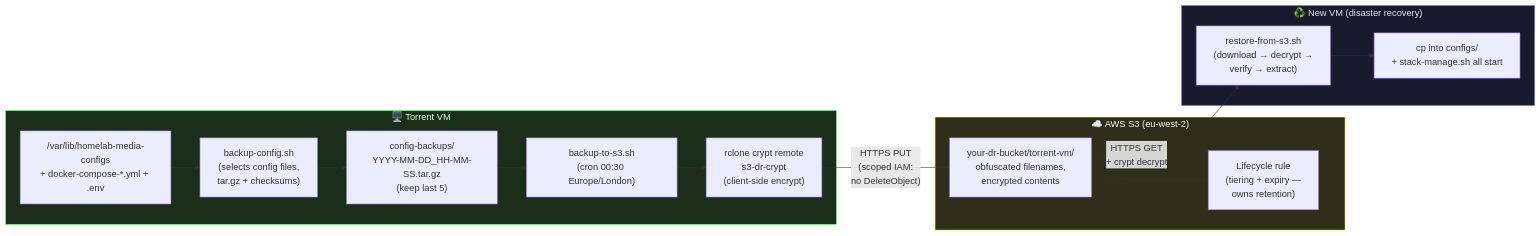
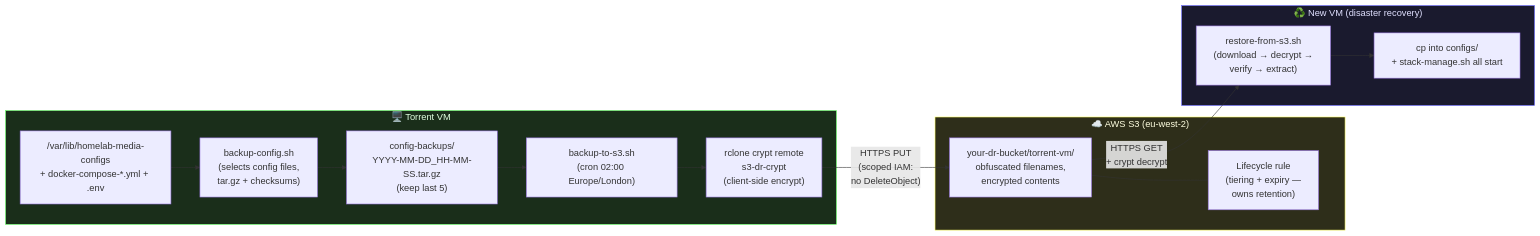
The fifth of 5 diagrams in ARCHITECTURE.md (ZisisKostakakis/homelab-media), drawn with Mermaid before and after one commit. The commit also changed other lines of this file and 1 other file, not shown here.

First line of the commit message:
docs: update README and ARCHITECTURE for stack changes

````diff
--- a/ARCHITECTURE.md
+++ b/ARCHITECTURE.md
@@ -348,31 +302,31 @@
 ```mermaid
 graph LR
     subgraph HOST["🖥️ Torrent VM"]
         CFG["/var/lib/homelab-media-configs\n+ docker-compose-*.yml + .env"]
         BC["backup-config.sh\n(selects config files,\ntar.gz + checksums)"]
         LOCAL["config-backups/\nYYYY-MM-DD_HH-MM-SS.tar.gz\n(keep last 5)"]
-        B2S["backup-to-s3.sh\n(cron 00:30 Europe/London)"]
+        B2S["backup-to-s3.sh\n(cron 02:00 Europe/London)"]
         RC["rclone crypt remote\ns3-dr-crypt\n(client-side encrypt)"]
         CFG --> BC --> LOCAL --> B2S --> RC
     end
 
     subgraph AWS["☁️ AWS S3 (eu-west-2)"]
         BUCKET["your-dr-bucket/torrent-vm/\nobfuscated filenames,\nencrypted contents"]
         LC["Lifecycle rule\n(tiering + expiry —\nowns retention)"]
         BUCKET --- LC
     end
 
     RC -->|"HTTPS PUT\n(scoped IAM:\nno DeleteObject)"| BUCKET
 
     subgraph RECOVER["♻️ New VM (disaster recovery)"]
         RES["restore-from-s3.sh\n(download → decrypt →\nverify → extract)"]
         REHYDRATE["cp into configs/\n+ stack-manage.sh all start"]
         RES --> REHYDRATE
     end
 
     BUCKET -->|"HTTPS GET\n+ crypt decrypt"| RES
 
     style HOST fill:#1a2e1a,color:#e0ffe0,stroke:#60ff60
     style AWS fill:#2e2e1a,color:#ffffe0,stroke:#ffff60
     style RECOVER fill:#1a1a2e,color:#e0e0ff,stroke:#6060ff
 ```
````
